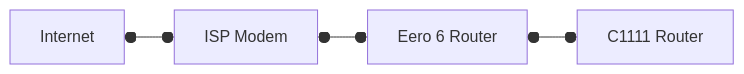
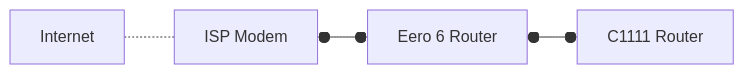
Before and after one commit to serpro69/ktchn8s: the first of 2 diagrams in docs/reference/architecture/decision-records.md, drawn with Mermaid. The commit also changed other lines of this file and 1 other file, not shown here.

Commit message:
Update connection points in AD-0001 diagrams

````diff
--- a/docs/reference/architecture/decision-records.md
+++ b/docs/reference/architecture/decision-records.md
@@ -49,4 +49,4 @@
 ```mermaid
 flowchart LR
-    I[Internet] o--o A[ISP Modem] o--o B[Eero 6 Router] o--o C[C1111 Router]
+    I[Internet] -.- A[ISP Modem] o--o B[Eero 6 Router] o--o C[C1111 Router]
 ```
````
